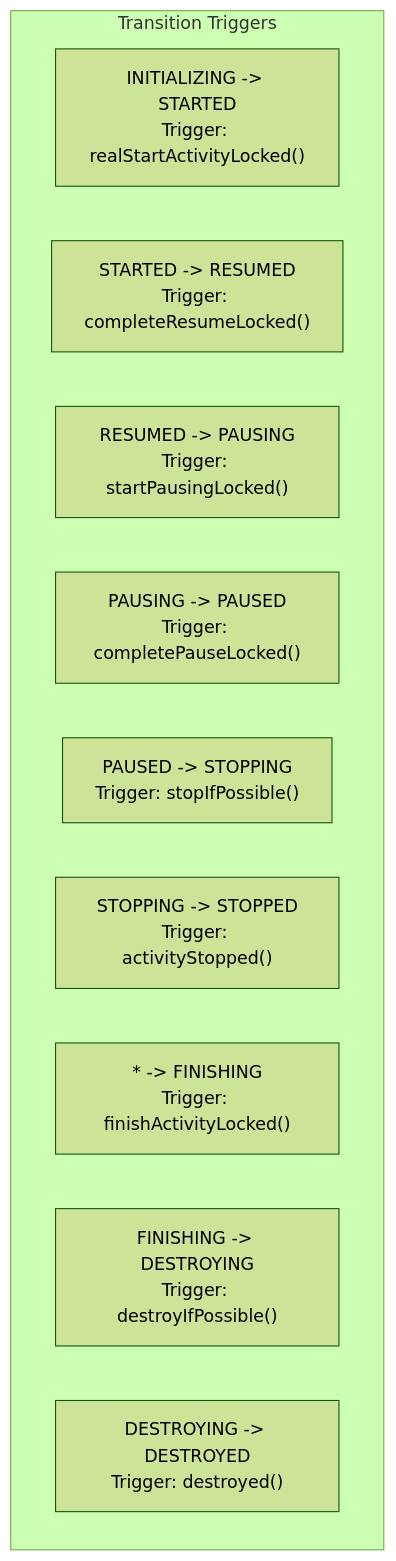
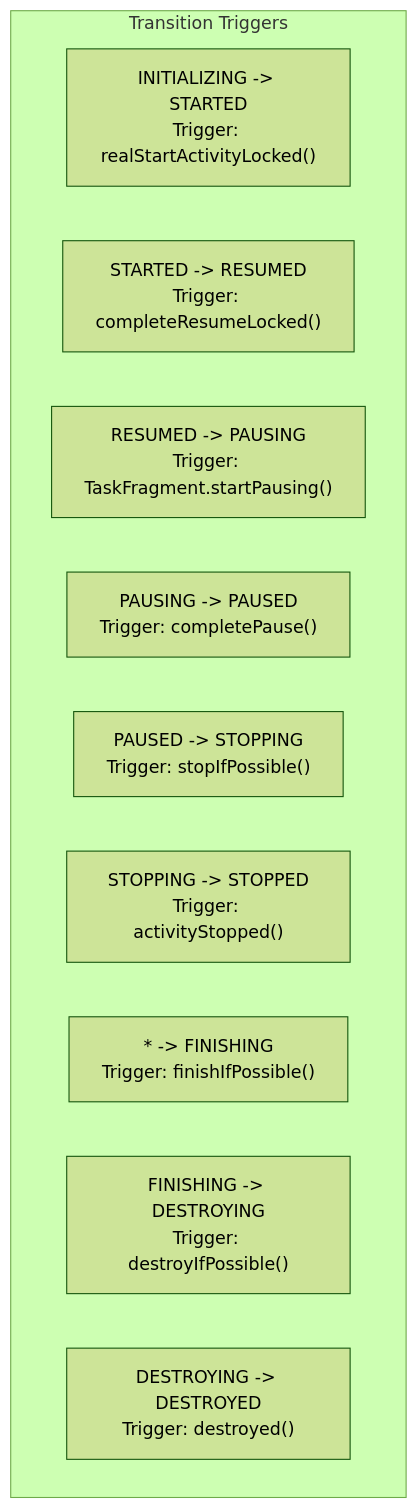
Diagram 21 of 41 in agents/claude/skills/aosp-framework-core/22-activity-and-window.md (aospbooks/aosp-internal-book), drawn with Mermaid (forest theme) before and after one commit. The commit also changed other lines of this file and 218 other files, not shown here.

````diff
--- a/agents/claude/skills/aosp-framework-core/22-activity-and-window.md
+++ b/agents/claude/skills/aosp-framework-core/22-activity-and-window.md
@@ -2172,14 +2182,14 @@
 ```mermaid
 graph TD
     subgraph "Transition Triggers"
         T1["INITIALIZING -> STARTED<br/>Trigger: realStartActivityLocked()"]
         T2["STARTED -> RESUMED<br/>Trigger: completeResumeLocked()"]
-        T3["RESUMED -> PAUSING<br/>Trigger: startPausingLocked()"]
-        T4["PAUSING -> PAUSED<br/>Trigger: completePauseLocked()"]
+        T3["RESUMED -> PAUSING<br/>Trigger: TaskFragment.startPausing()"]
+        T4["PAUSING -> PAUSED<br/>Trigger: completePause()"]
         T5["PAUSED -> STOPPING<br/>Trigger: stopIfPossible()"]
         T6["STOPPING -> STOPPED<br/>Trigger: activityStopped()"]
-        T7["* -> FINISHING<br/>Trigger: finishActivityLocked()"]
+        T7["* -> FINISHING<br/>Trigger: finishIfPossible()"]
         T8["FINISHING -> DESTROYING<br/>Trigger: destroyIfPossible()"]
         T9["DESTROYING -> DESTROYED<br/>Trigger: destroyed()"]
     end
 ```
````
